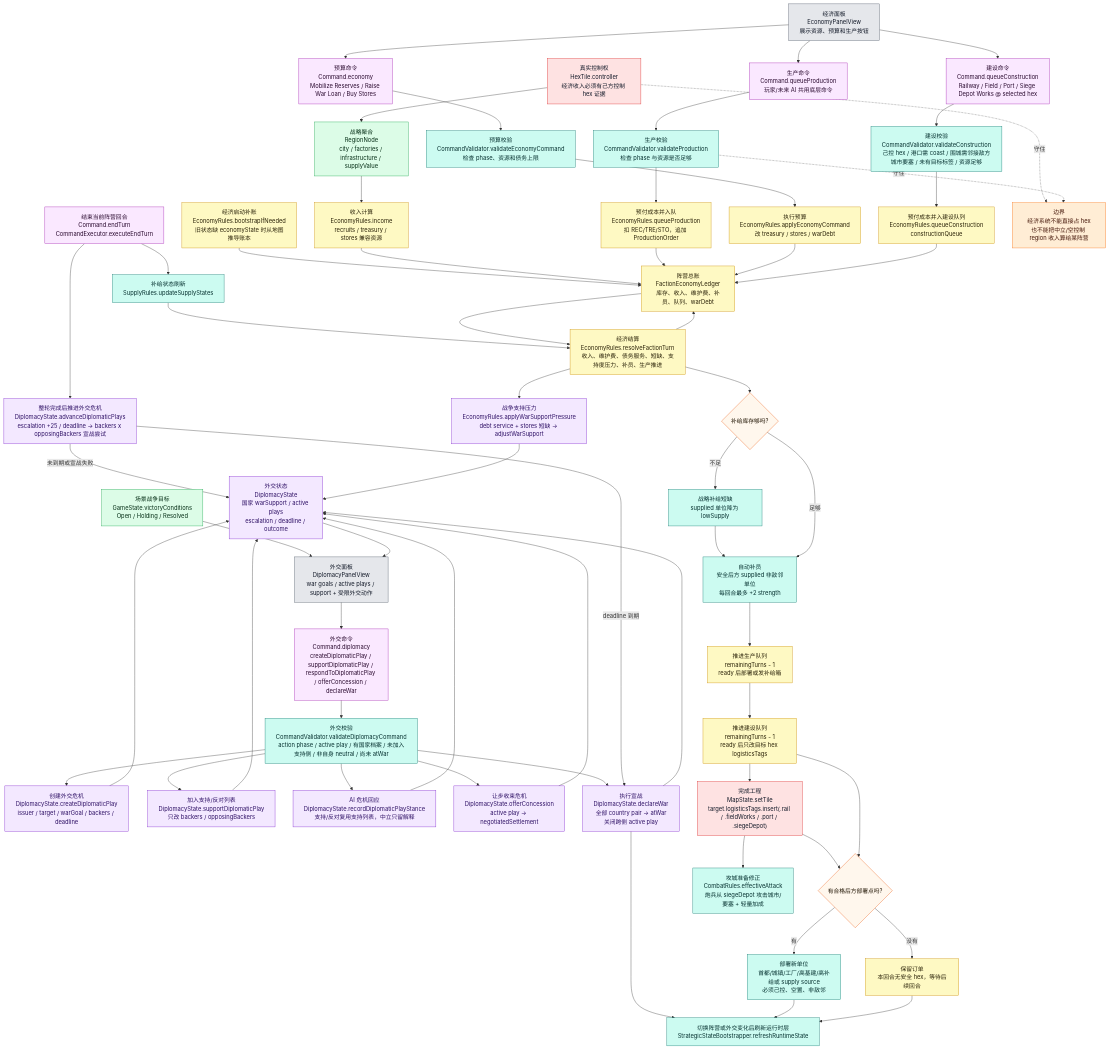
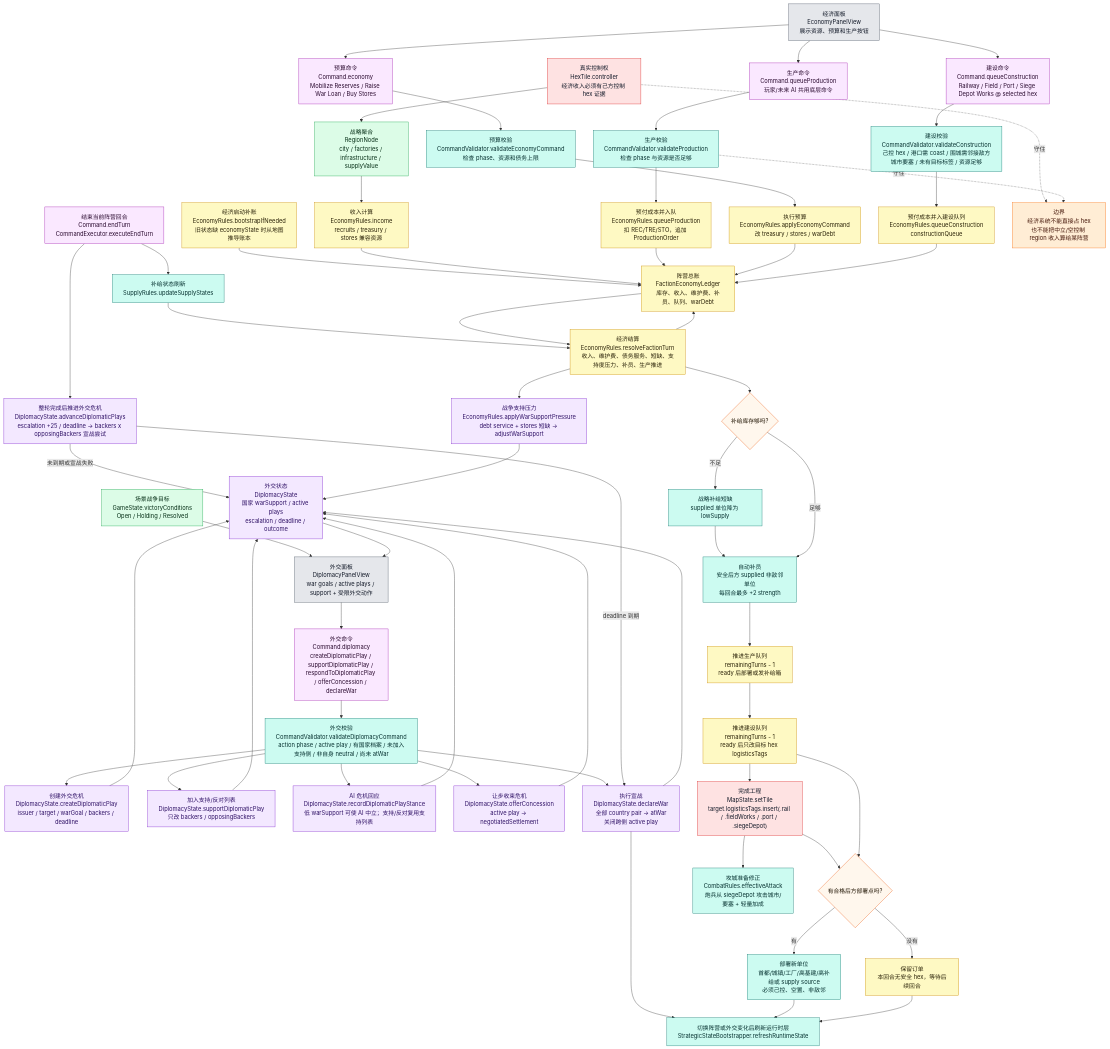
One commit to Altman-sam114/126 changed the fourth of 9 diagrams in md/flow/flowchart.md. Above: the diagram before and after it, drawn with Mermaid. The commit also changed other lines of this file and 7 other files, not shown here.

Commit message:
feat(ai): add war support posture feedback

```diff
--- a/md/flow/flowchart.md
+++ b/md/flow/flowchart.md
@@ -227,7 +227,7 @@
     DIPVALID["外交校验<br/>CommandValidator.validateDiplomacyCommand<br/>action phase / active play / 有国家档案 / 未加入支持侧 / 非自身 neutral / 尚未 atWar"]:::rules
     DIPPLAY["创建外交危机<br/>DiplomacyState.createDiplomaticPlay<br/>issuer / target / warGoal / backers / deadline"]:::diplomacy
     DIPSUPPORT["加入支持/反对列表<br/>DiplomacyState.supportDiplomaticPlay<br/>只改 backers / opposingBackers"]:::diplomacy
-    DIPRESP["AI 危机回应<br/>DiplomacyState.recordDiplomaticPlayStance<br/>支持/反对复用支持列表，中立只留解释"]:::diplomacy
+    DIPRESP["AI 危机回应<br/>DiplomacyState.recordDiplomaticPlayStance<br/>低 warSupport 可使 AI 中立；支持/反对复用支持列表"]:::diplomacy
     DIPSETTLE["让步收束危机<br/>DiplomacyState.offerConcession<br/>active play -> negotiatedSettlement"]:::diplomacy
     DIPADV["整轮完成后推进外交危机<br/>DiplomacyState.advanceDiplomaticPlays<br/>escalation +25 / deadline -> backers x opposingBackers 宣战尝试"]:::diplomacy
     DIPAPPLY["执行宣战<br/>DiplomacyState.declareWar<br/>全部 country pair -> atWar<br/>关闭跨侧 active play"]:::diplomacy
```
